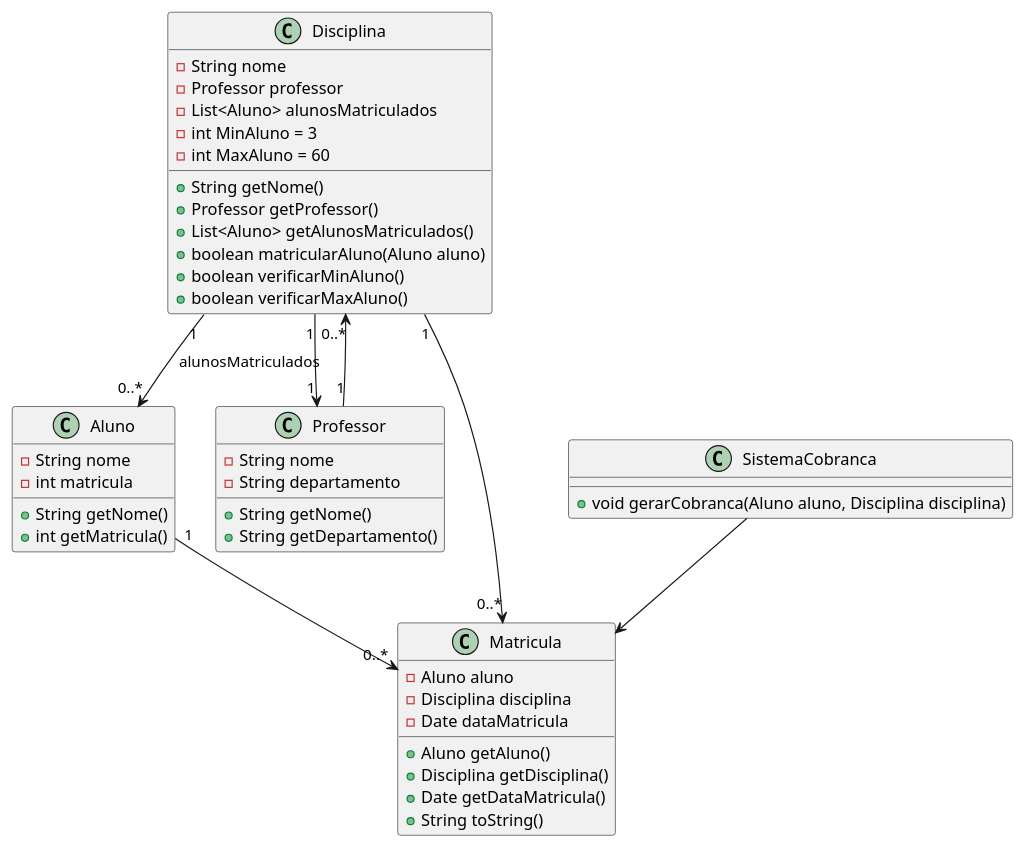
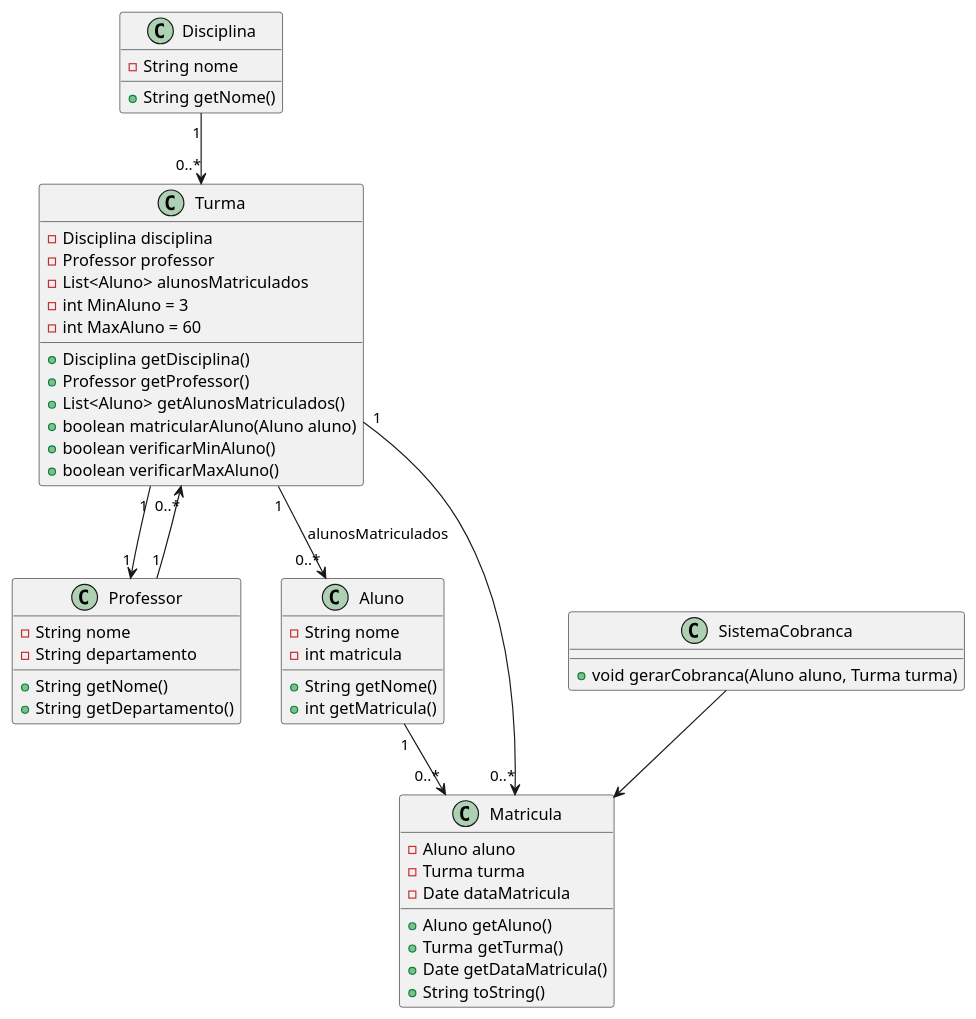
One commit to diascw/sistema-de-matricula changed the diagram in project/diagramas/diagrama-de-classe.puml. Above: the diagram before and after it, drawn with PlantUML. The commit also changed 14 other files, not shown here.

```diff
--- a/project/diagramas/diagrama-de-classe.puml
+++ b/project/diagramas/diagrama-de-classe.puml
@@ -1,52 +1,58 @@
 @startuml
 
 class Aluno {
     - String nome
     - int matricula
     + String getNome()
     + int getMatricula()
 }
 
 class Disciplina {
     - String nome
-    - Professor professor
-    - List<Aluno> alunosMatriculados
-    - int MinAluno = 3
-    - int MaxAluno = 60
     + String getNome()
-    + Professor getProfessor()
-    + List<Aluno> getAlunosMatriculados()
-    + boolean matricularAluno(Aluno aluno)
-    + boolean verificarMinAluno()
-    + boolean verificarMaxAluno()
 }
 
 class Professor {
     - String nome
     - String departamento
     + String getNome()
     + String getDepartamento()
 }
 
+class Turma {
+    - Disciplina disciplina
+    - Professor professor
+    - List<Aluno> alunosMatriculados
+    - int MinAluno = 3
+    - int MaxAluno = 60
+    + Disciplina getDisciplina()
+    + Professor getProfessor()
+    + List<Aluno> getAlunosMatriculados()
+    + boolean matricularAluno(Aluno aluno)
+    + boolean verificarMinAluno()
+    + boolean verificarMaxAluno()
+}
+
 class Matricula {
     - Aluno aluno
-    - Disciplina disciplina
+    - Turma turma
     - Date dataMatricula
     + Aluno getAluno()
-    + Disciplina getDisciplina()
+    + Turma getTurma()
     + Date getDataMatricula()
     + String toString()
 }
 
 class SistemaCobranca {
-    + void gerarCobranca(Aluno aluno, Disciplina disciplina)
+    + void gerarCobranca(Aluno aluno, Turma turma)
 }
 
 Aluno "1" --> "0..*" Matricula
-Disciplina "1" --> "0..*" Matricula
-Professor "1" --> "0..*" Disciplina
-Disciplina "1" --> "0..*" Aluno : "alunosMatriculados"
-Disciplina "1" --> "1" Professor
+Turma "1" --> "0..*" Matricula
+Professor "1" --> "0..*" Turma
+Disciplina "1" --> "0..*" Turma
+Turma "1" --> "0..*" Aluno : "alunosMatriculados"
+Turma "1" --> "1" Professor
 SistemaCobranca --> Matricula
 
 @enduml
```
